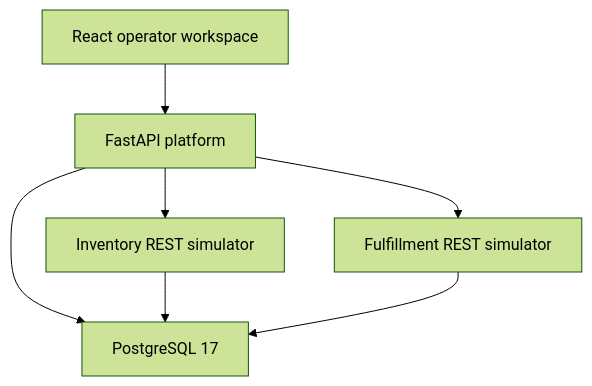
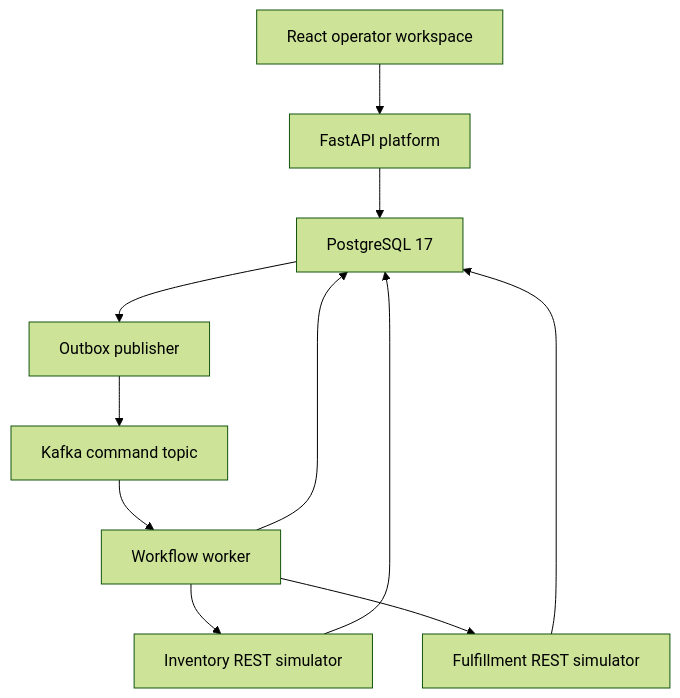
Before and after one commit to Shivali32/BridgeOps: the diagram in docs/architecture.md, drawn with Mermaid (forest theme). The commit also changed other lines of this file and 9 other files, not shown here.

Commit message:
Initialize Kafka volume ownership and verify interrupted fulfillment recovery

````diff
--- a/docs/architecture.md
+++ b/docs/architecture.md
@@ -14,9 +14,13 @@
 ```mermaid
 flowchart TD
     Browser["React operator workspace"] --> API["FastAPI platform"]
     API --> DB["PostgreSQL 17"]
-    API --> Inventory["Inventory REST simulator"]
-    API --> Fulfillment["Fulfillment REST simulator"]
+    DB --> Publisher["Outbox publisher"]
+    Publisher --> Kafka["Kafka command topic"]
+    Kafka --> Worker["Workflow worker"]
+    Worker --> DB
+    Worker --> Inventory["Inventory REST simulator"]
+    Worker --> Fulfillment["Fulfillment REST simulator"]
     Inventory --> DB
     Fulfillment --> DB
 ```
````
